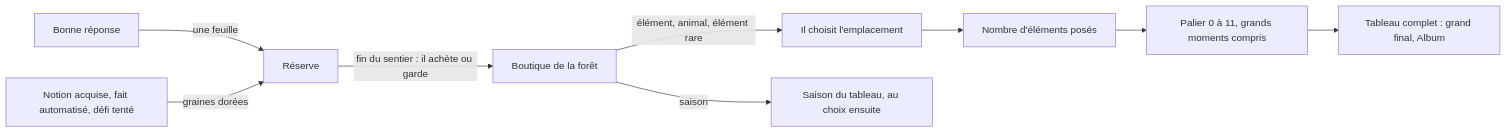
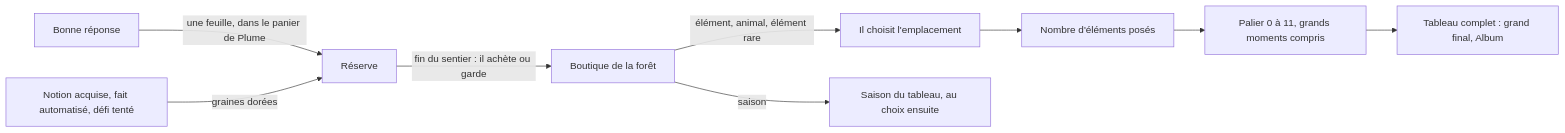
The diagram in doc/PLAN_ACTION.md (Plonk42/numebois), drawn with Mermaid before and after one commit. The commit also changed other lines of this file and 9 other files, not shown here.

Commit message:
Accumule les feuilles du sentier dans le panier de Plume, versé dans la réserve à la fin

````diff
--- a/doc/PLAN_ACTION.md
+++ b/doc/PLAN_ACTION.md
@@ -36,11 +36,11 @@
 ```mermaid
 flowchart LR
-  A[Bonne réponse] -->|une feuille| R[Réserve]
+  A[Bonne réponse] -->|une feuille, dans le panier de Plume| R[Réserve]
   L[Notion acquise, fait automatisé, défi tenté] -->|graines dorées| R
   R -->|fin du sentier : il achète ou garde| B[Boutique de la forêt]
   B -->|élément, animal, élément rare| P[Il choisit l'emplacement]
   B -->|saison| S[Saison du tableau, au choix ensuite]
   P --> N[Nombre d'éléments posés]
   N --> T[Palier 0 à 11, grands moments compris]
   T --> F[Tableau complet : grand final, Album]
 ```
````
